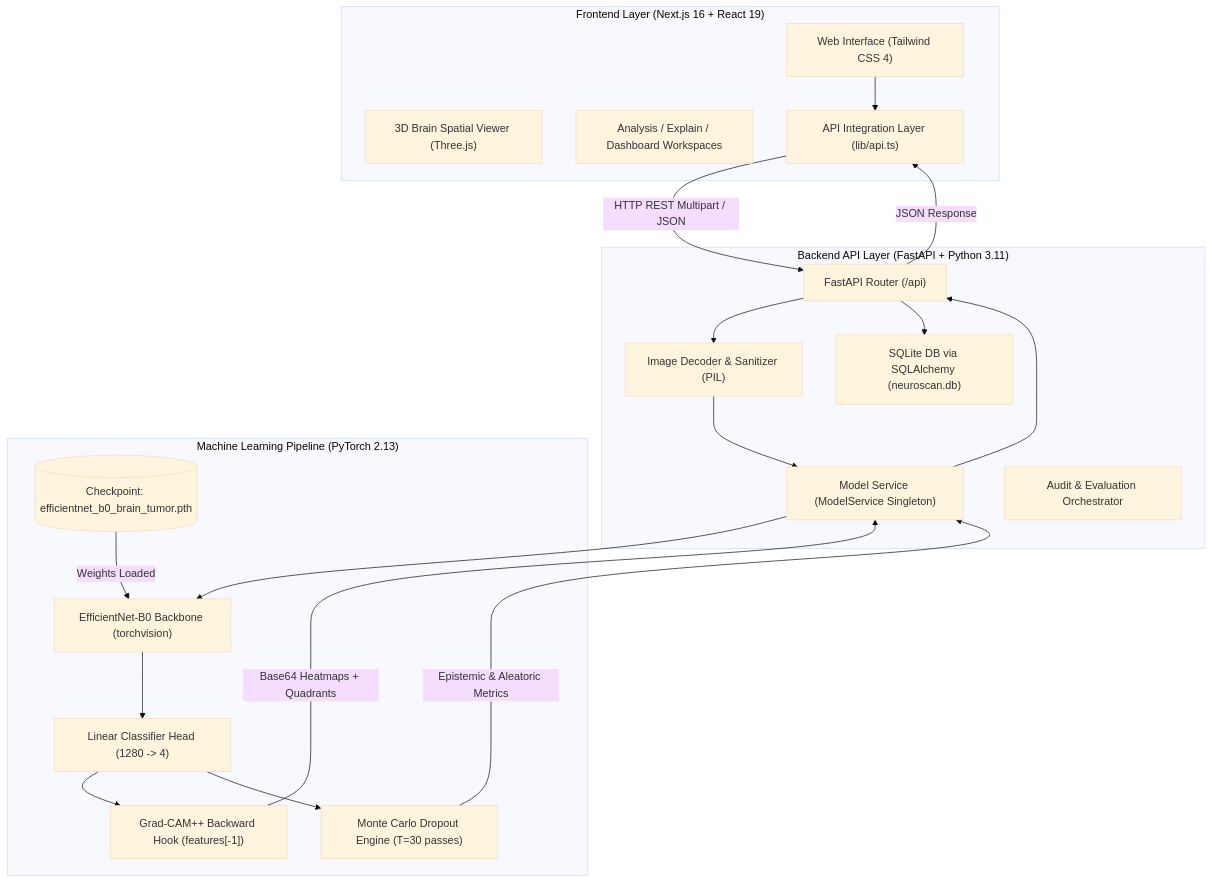
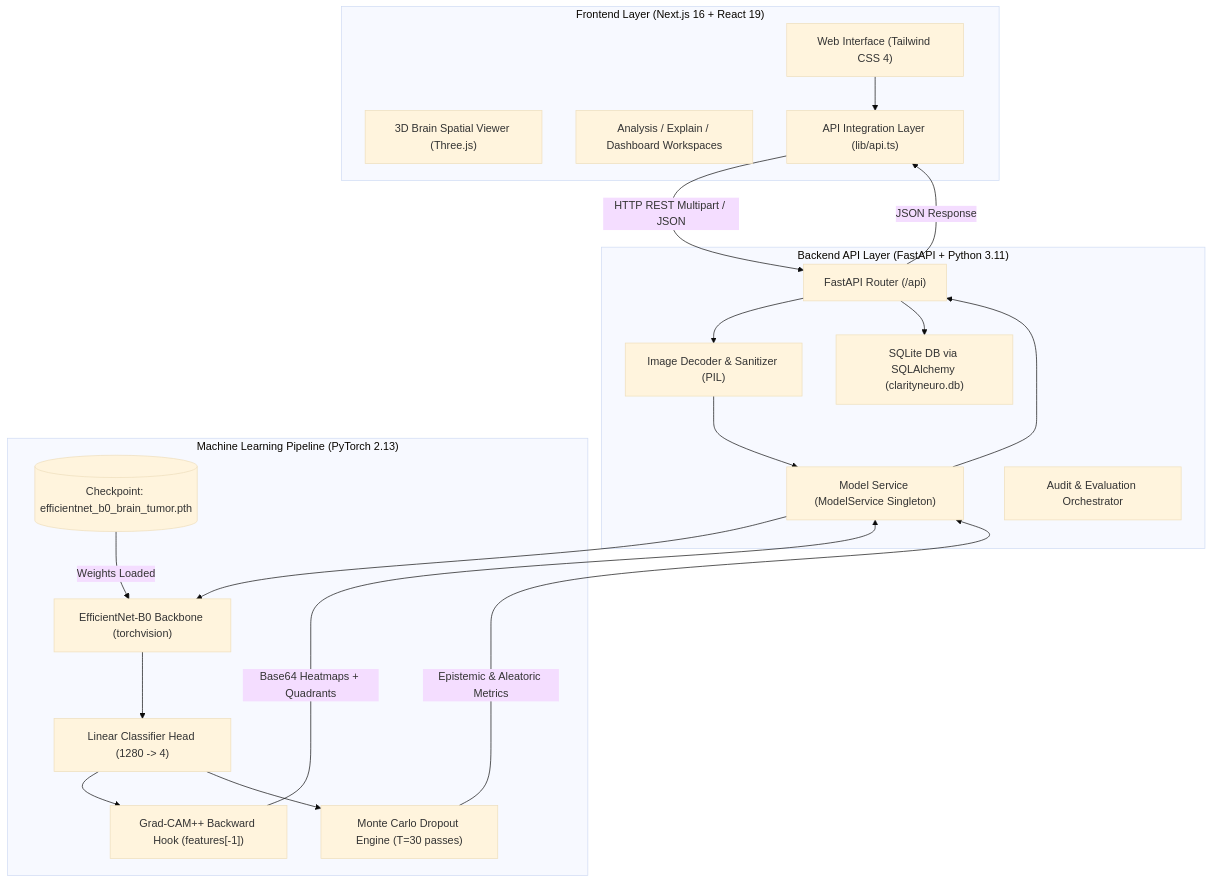
One commit to Lokesh0652H/ClarityNeuro changed the first of 2 diagrams in README.md. Above: the diagram before and after it, drawn with Mermaid (base theme). The commit also changed other lines of this file and 12 other files, not shown here.

Commit message:
feat(branding & architecture): rebrand project exclusively to ClarityNeuro and implement high-fidelity multi-tier architecture schematic

````diff
--- a/README.md
+++ b/README.md
@@ -98,40 +98,40 @@
 ```mermaid
 graph TD
     subgraph Client ["Frontend Layer (Next.js 16 + React 19)"]
         UI["Web Interface (Tailwind CSS 4)"]
         ThreeCanvas["3D Brain Spatial Viewer (Three.js)"]
         Workspaces["Analysis / Explain / Dashboard Workspaces"]
         APIClient["API Integration Layer (lib/api.ts)"]
     end
 
     subgraph Server ["Backend API Layer (FastAPI + Python 3.11)"]
         Router["FastAPI Router (/api)"]
         Validator["Image Decoder & Sanitizer (PIL)"]
         ModelSvc["Model Service (ModelService Singleton)"]
         AuditSvc["Audit & Evaluation Orchestrator"]
-        DB["SQLite DB via SQLAlchemy (neuroscan.db)"]
+        DB["SQLite DB via SQLAlchemy (clarityneuro.db)"]
     end
 
     subgraph ML ["Machine Learning Pipeline (PyTorch 2.13)"]
         Backbone["EfficientNet-B0 Backbone (torchvision)"]
         ClassifierHead["Linear Classifier Head (1280 -> 4)"]
         GradCAMHook["Grad-CAM++ Backward Hook (features[-1])"]
         MCDropout["Monte Carlo Dropout Engine (T=30 passes)"]
         Weights[("Checkpoint: efficientnet_b0_brain_tumor.pth")]
     end
 
     UI --> APIClient
     APIClient -->|HTTP REST Multipart / JSON| Router
     Router --> Validator
     Router --> DB
     Validator --> ModelSvc
     ModelSvc --> Backbone
     Weights -->|Weights Loaded| Backbone
     Backbone --> ClassifierHead
     ClassifierHead --> GradCAMHook
     ClassifierHead --> MCDropout
     GradCAMHook -->|Base64 Heatmaps + Quadrants| ModelSvc
     MCDropout -->|Epistemic & Aleatoric Metrics| ModelSvc
     ModelSvc --> Router
     Router -->|JSON Response| APIClient
 ```
````
